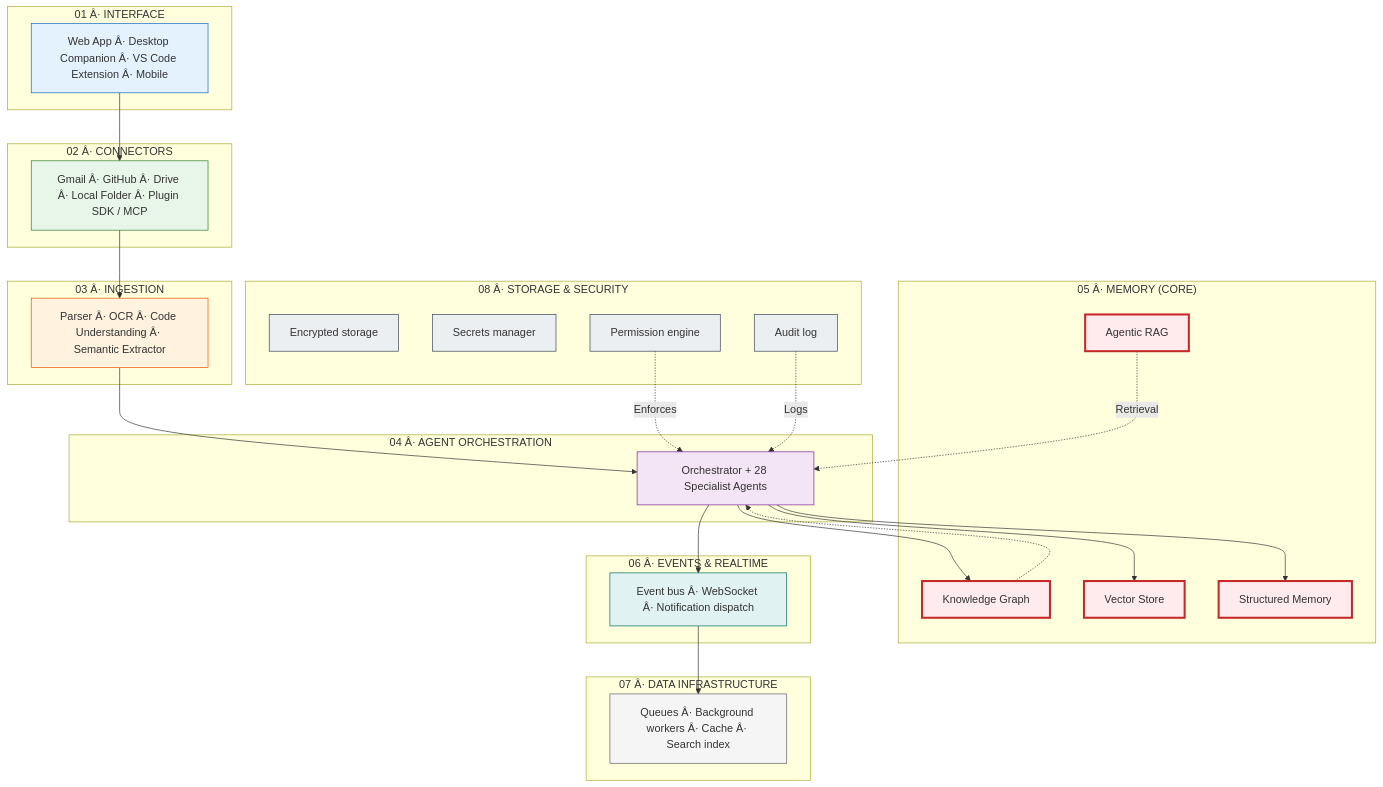
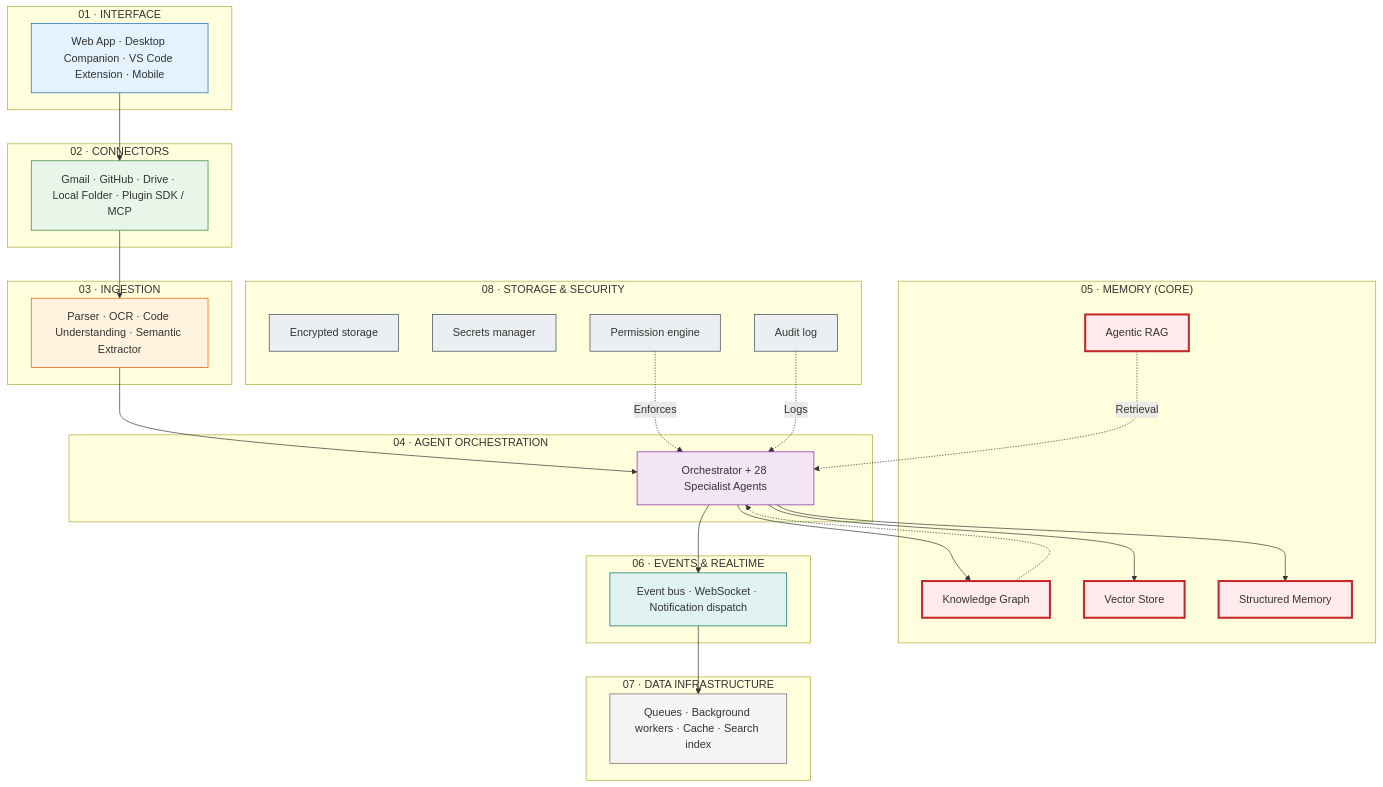
Before and after one commit to Driftloom/Vaeloom: the first of 2 diagrams in docs/vaeloom-complete-documentation.md, drawn with Mermaid. The commit also changed other lines of this file and 694 other files, not shown here.

First line of the commit message:
docs: mermaid standardization — encoding/mermaid/duplicate cleanup

````diff
--- a/docs/vaeloom-complete-documentation.md
+++ b/docs/vaeloom-complete-documentation.md
@@ -262,64 +262,64 @@
 ```mermaid
 graph TD
-    subgraph Layer01["01 Â· INTERFACE"]
-        L01["Web App Â· Desktop Companion Â· VS Code Extension Â· Mobile"]
-    end
-    subgraph Layer02["02 Â· CONNECTORS"]
-        L02["Gmail Â· GitHub Â· Drive Â· Local Folder Â· Plugin SDK / MCP"]
-    end
-    subgraph Layer03["03 Â· INGESTION"]
-        L03["Parser Â· OCR Â· Code Understanding Â· Semantic Extractor"]
-    end
-    subgraph Layer04["04 Â· AGENT ORCHESTRATION"]
-        L04["Orchestrator + 28 Specialist Agents"]
-    end
-    subgraph Layer05["05 Â· MEMORY (CORE)"]
-        L05a["Knowledge Graph"]
-        L05b["Vector Store"]
-        L05c["Structured Memory"]
-        L05d["Agentic RAG"]
-    end
-    subgraph Layer06["06 Â· EVENTS & REALTIME"]
-        L06["Event bus Â· WebSocket Â· Notification dispatch"]
-    end
-    subgraph Layer07["07 Â· DATA INFRASTRUCTURE"]
-        L07["Queues Â· Background workers Â· Cache Â· Search index"]
-    end
-    subgraph Layer08["08 Â· STORAGE & SECURITY"]
-        L08a["Encrypted storage"]
-        L08b["Secrets manager"]
-        L08c["Permission engine"]
-        L08d["Audit log"]
-    end
+ subgraph Layer01["01 · INTERFACE"]
+ L01["Web App · Desktop Companion · VS Code Extension · Mobile"]
+ end
+ subgraph Layer02["02 · CONNECTORS"]
+ L02["Gmail · GitHub · Drive · Local Folder · Plugin SDK / MCP"]
+ end
+ subgraph Layer03["03 · INGESTION"]
+ L03["Parser · OCR · Code Understanding · Semantic Extractor"]
+ end
+ subgraph Layer04["04 · AGENT ORCHESTRATION"]
+ L04["Orchestrator + 28 Specialist Agents"]
+ end
+ subgraph Layer05["05 · MEMORY (CORE)"]
+ L05a["Knowledge Graph"]
+ L05b["Vector Store"]
+ L05c["Structured Memory"]
+ L05d["Agentic RAG"]
+ end
+ subgraph Layer06["06 · EVENTS & REALTIME"]
+ L06["Event bus · WebSocket · Notification dispatch"]
+ end
+ subgraph Layer07["07 · DATA INFRASTRUCTURE"]
+ L07["Queues · Background workers · Cache · Search index"]
+ end
+ subgraph Layer08["08 · STORAGE & SECURITY"]
+ L08a["Encrypted storage"]
+ L08b["Secrets manager"]
+ L08c["Permission engine"]
+ L08d["Audit log"]
+ end
 
-    L01 --> L02
-    L02 --> L03
-    L03 --> L04
-    L04 --> L05a
-    L04 --> L05b
-    L04 --> L05c
-    L05a -.-> L04
-    L05d -.->|Retrieval| L04
-    L04 --> L06
-    L06 --> L07
-    L08c -.->|Enforces| L04
-    L08d -.->|Logs| L04
+ L01--> L02
+ L02--> L03
+ L03--> L04
+ L04--> L05a
+ L04--> L05b
+ L04--> L05c
+ L05a -.-> L04
+ L05d -.->|Retrieval| L04
+ L04--> L06
+ L06--> L07
+ L08c -.->|Enforces| L04
+ L08d -.->|Logs| L04
 
-    classDef layer1 fill:#e3f2fd,stroke:#1565c0
-    classDef layer2 fill:#e8f5e9,stroke:#2e7d32
-    classDef layer3 fill:#fff3e0,stroke:#e65100
-    classDef layer4 fill:#f3e5f5,stroke:#7b1fa2
-    classDef layer5 fill:#ffebee,stroke:#c62828,stroke-width:3px
-    classDef layer6 fill:#e0f2f1,stroke:#00695c
-    classDef layer7 fill:#f5f5f5,stroke:#616161
-    classDef layer8 fill:#eceff1,stroke:#37474f
+ classDef layer1 fill:#e3f2fd,stroke:#1565c0
+ classDef layer2 fill:#e8f5e9,stroke:#2e7d32
+ classDef layer3 fill:#fff3e0,stroke:#e65100
+ classDef layer4 fill:#f3e5f5,stroke:#7b1fa2
+ classDef layer5 fill:#ffebee,stroke:#c62828,stroke-width:3px
+ classDef layer6 fill:#e0f2f1,stroke:#00695c
+ classDef layer7 fill:#f5f5f5,stroke:#616161
+ classDef layer8 fill:#eceff1,stroke:#37474f
 
-    class L01 layer1
-    class L02 layer2
-    class L03 layer3
-    class L04 layer4
-    class L05a,L05b,L05c,L05d layer5
-    class L06 layer6
-    class L07 layer7
-    class L08a,L08b,L08c,L08d layer8
+ class L01 layer1
+ class L02 layer2
+ class L03 layer3
+ class L04 layer4
+ class L05a,L05b,L05c,L05d layer5
+ class L06 layer6
+ class L07 layer7
+ class L08a,L08b,L08c,L08d layer8
 ```
````
